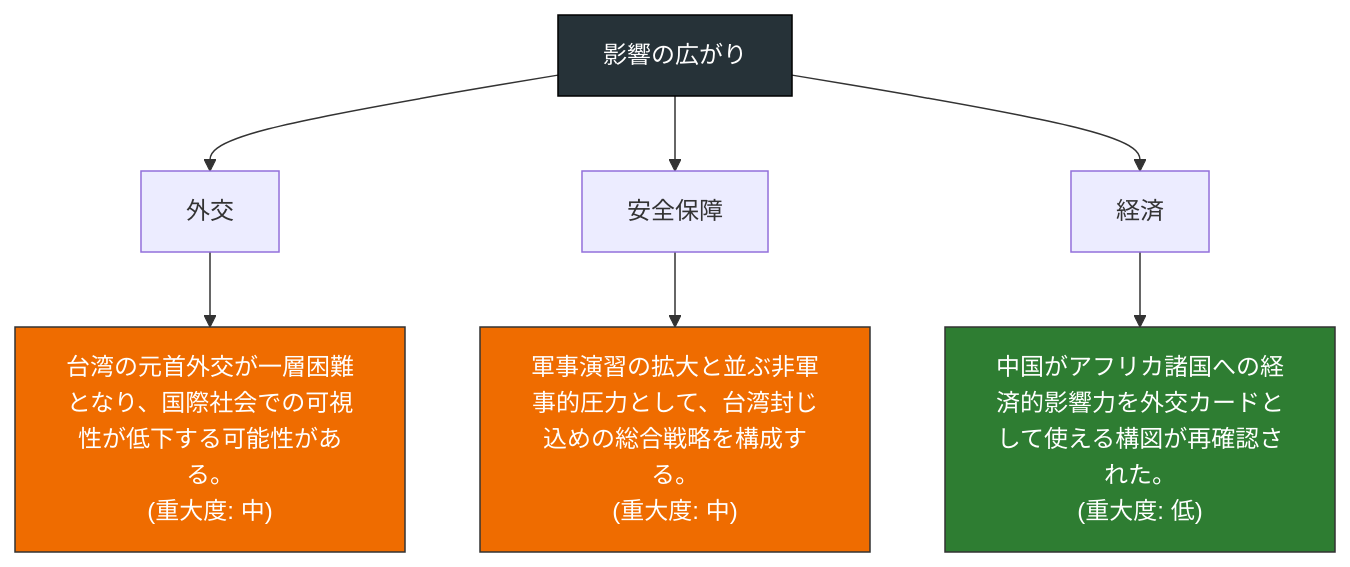
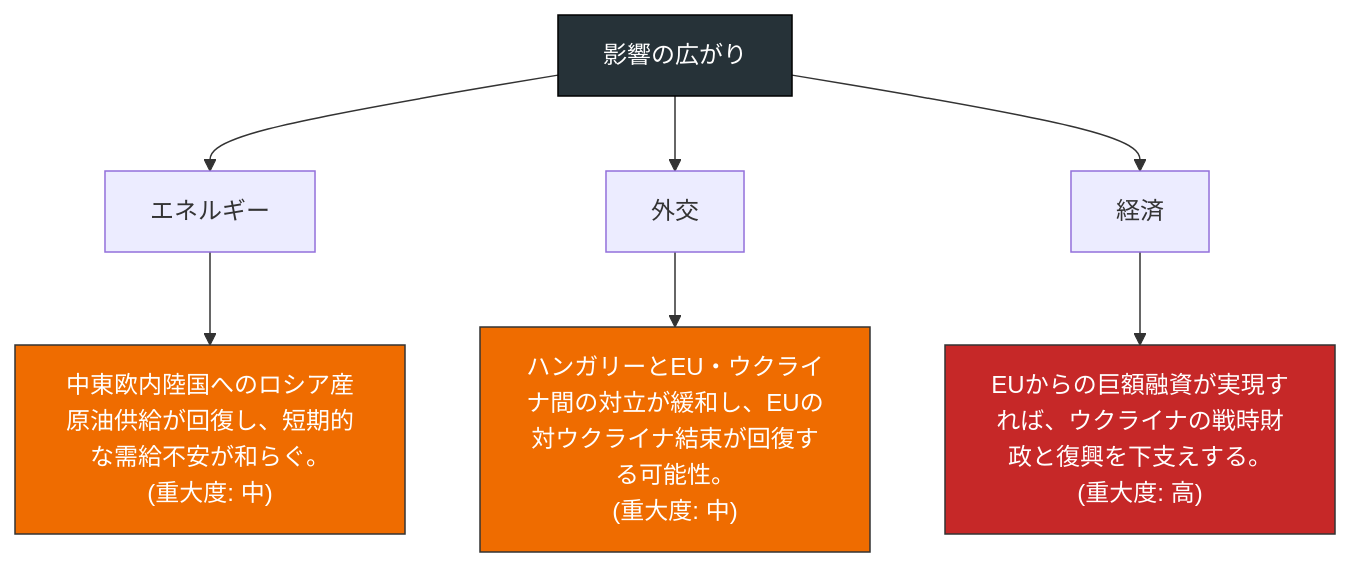
Before and after one commit to YUUUyutaro/tiseigaku: diagram 13 of 20 in docs/reports/2026-04-23.md, drawn with Mermaid. The commit also changed other lines of this file and 3 other files, not shown here.

````diff
--- a/docs/reports/2026-04-23.md
+++ b/docs/reports/2026-04-23.md
@@ -262,17 +249,17 @@
 ```mermaid
 flowchart TB
   R["影響の広がり"]
-  D0["外交"]
-  I0["台湾の元首外交が一層困難となり、国際社会での可視性が低下する可能性がある。\n(重大度: 中)"]
+  D0["エネルギー"]
+  I0["中東欧内陸国へのロシア産原油供給が回復し、短期的な需給不安が和らぐ。\n(重大度: 中)"]
   R --> D0 --> I0
   style I0 fill:#ef6c00,color:#fff,stroke:#333
-  D1["安全保障"]
-  I1["軍事演習の拡大と並ぶ非軍事的圧力として、台湾封じ込めの総合戦略を構成する。\n(重大度: 中)"]
+  D1["外交"]
+  I1["ハンガリーとEU・ウクライナ間の対立が緩和し、EUの対ウクライナ結束が回復する可能性。\n(重大度: 中)"]
   R --> D1 --> I1
   style I1 fill:#ef6c00,color:#fff,stroke:#333
   D2["経済"]
-  I2["中国がアフリカ諸国への経済的影響力を外交カードとして使える構図が再確認された。\n(重大度: 低)"]
+  I2["EUからの巨額融資が実現すれば、ウクライナの戦時財政と復興を下支えする。\n(重大度: 高)"]
   R --> D2 --> I2
-  style I2 fill:#2e7d32,color:#fff,stroke:#333
+  style I2 fill:#c62828,color:#fff,stroke:#333
   style R fill:#263238,color:#fff,stroke:#000
 ```
````
